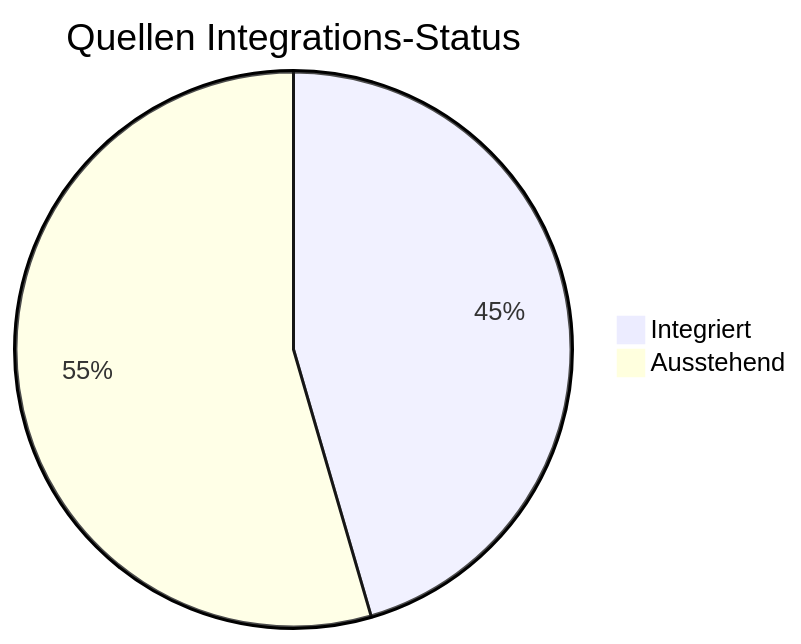
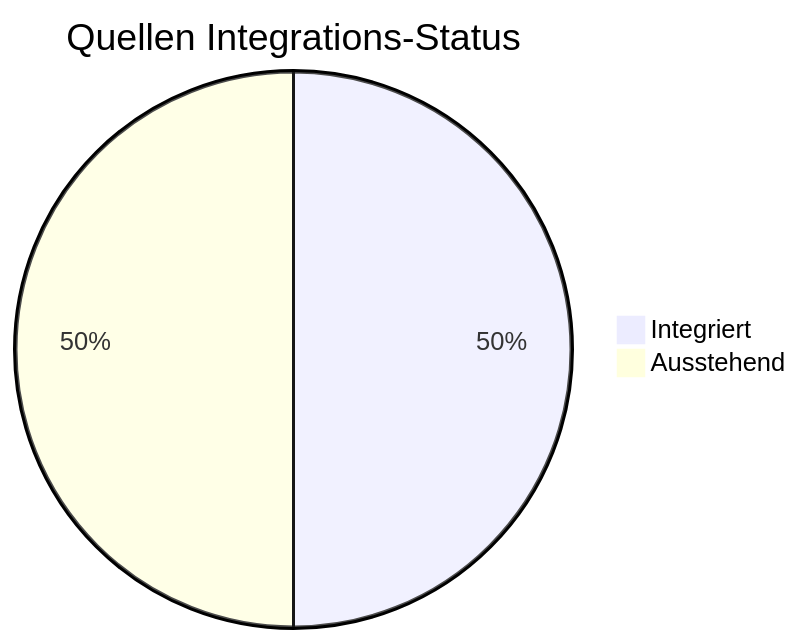
One commit to Siebenwind/7w_wiki changed the first of 4 diagrams in Siebenwind_Wiki/10_Archiv/Wiki_Statistiken.md. Above: the diagram before and after it, drawn with Mermaid. The commit also changed other lines of this file and 170 other files, not shown here.

````diff
--- a/Siebenwind_Wiki/10_Archiv/Wiki_Statistiken.md
+++ b/Siebenwind_Wiki/10_Archiv/Wiki_Statistiken.md
@@ -24,5 +24,5 @@
 ```mermaid
 pie title Quellen Integrations-Status
-    "Integriert" : 111
-    "Ausstehend" : 133
+    "Integriert" : 121
+    "Ausstehend" : 121
 ```
````
